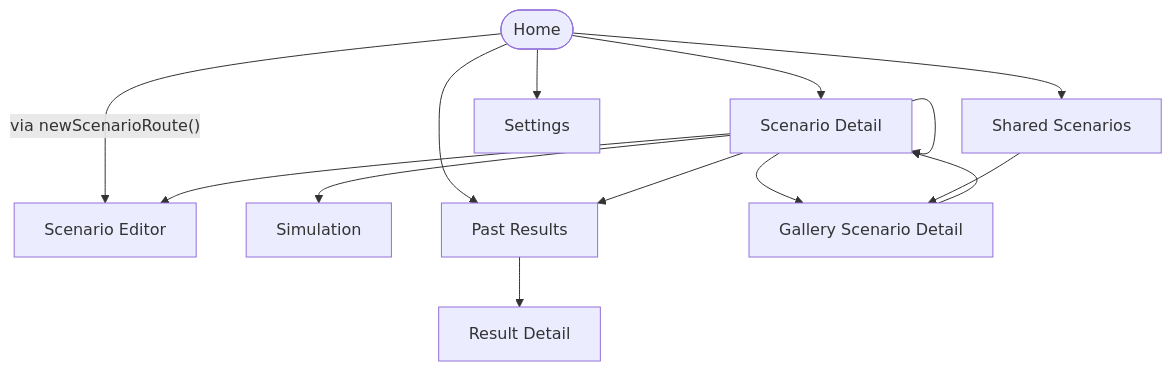
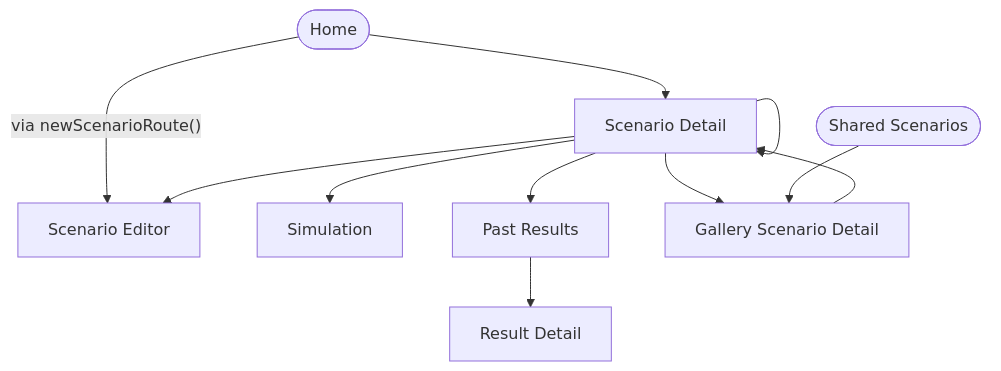
The diagram in docs/design/navigation-map.md (tyabu12/pastura), drawn with Mermaid before and after one commit. The commit also changed other lines of this file and 23 other files, not shown here.

````diff
--- a/docs/design/navigation-map.md
+++ b/docs/design/navigation-map.md
@@ -13,25 +14,21 @@
 ```mermaid
 flowchart TD
   home([Home])
+  sharedScenarios([Shared Scenarios])
   scenarioDetail["Scenario Detail"]
   editor["Scenario Editor"]
   simulation["Simulation"]
   results["Past Results"]
   resultDetail["Result Detail"]
-  sharedScenarios["Shared Scenarios"]
   galleryScenarioDetail["Gallery Scenario Detail"]
-  settings["Settings"]
   galleryScenarioDetail --> scenarioDetail
   home -->|"via newScenarioRoute()"| editor
-  home --> results
   home --> scenarioDetail
-  home --> settings
-  home --> sharedScenarios
   results --> resultDetail
   scenarioDetail --> editor
   scenarioDetail --> galleryScenarioDetail
   scenarioDetail --> results
   scenarioDetail --> scenarioDetail
   scenarioDetail --> simulation
   sharedScenarios --> galleryScenarioDetail
 ```
````
